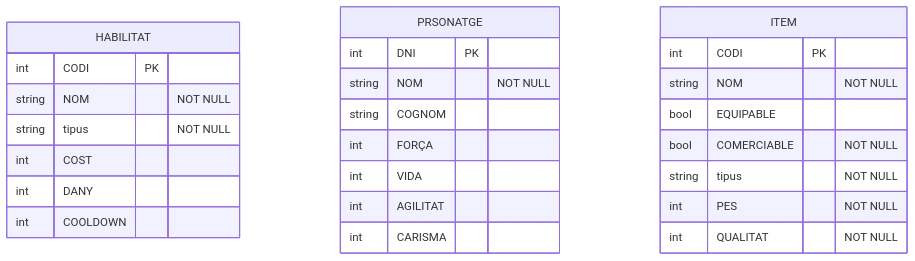
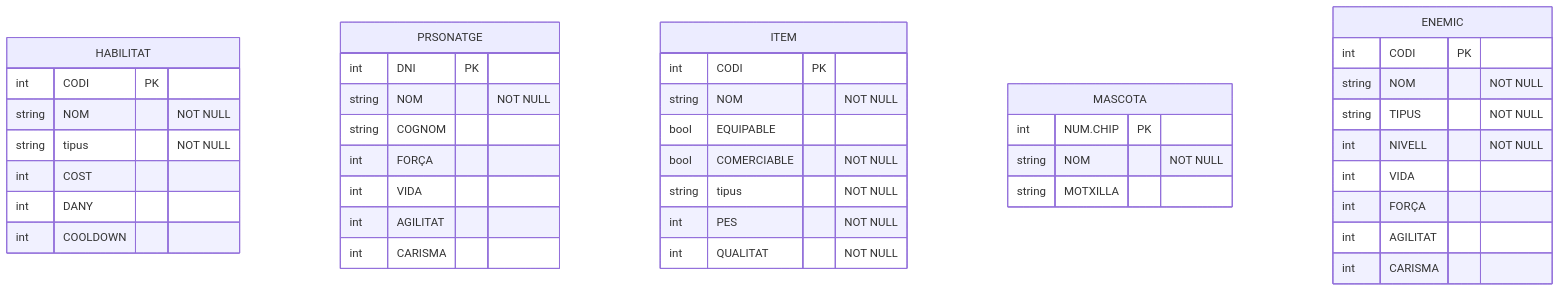
The diagram in GBD/activitat-02-diagrama-er/diagrama-er-mermaid.md (apb-sketch/Lliuraments-2627), drawn with Mermaid before and after one commit.

Commit message:
Create last 2 tables

````diff
--- a/GBD/activitat-02-diagrama-er/diagrama-er-mermaid.md
+++ b/GBD/activitat-02-diagrama-er/diagrama-er-mermaid.md
@@ -3,29 +3,45 @@
 ```mermaid
 erDiagram
         HABILITAT {
                 int CODI PK
                 string NOM "NOT NULL"
                 string tipus "NOT NULL"
                 int COST
                 int DANY
                 int COOLDOWN
         }
      PRSONATGE {
                 int DNI PK
                 string NOM "NOT NULL"
                 string COGNOM
                 int FORÇA
                 int VIDA
                 int AGILITAT
                 int CARISMA
         }
      ITEM {
                 int CODI PK
                 string NOM "NOT NULL"
                 bool EQUIPABLE
                 bool COMERCIABLE "NOT NULL"
                 string tipus "NOT NULL"
                 int PES "NOT NULL"
                 int QUALITAT "NOT NULL"
         }
+   MASCOTA {
+                int NUM.CHIP PK
+                string NOM "NOT NULL"
+                string MOTXILLA
+        }
+  ENEMIC {
+                int CODI PK
+                string NOM "NOT NULL"
+                string TIPUS "NOT NULL"
+                int NIVELL "NOT NULL"
+                int VIDA
+                int FORÇA
+                int AGILITAT
+                int CARISMA
+        }
+
 ``` 
````
